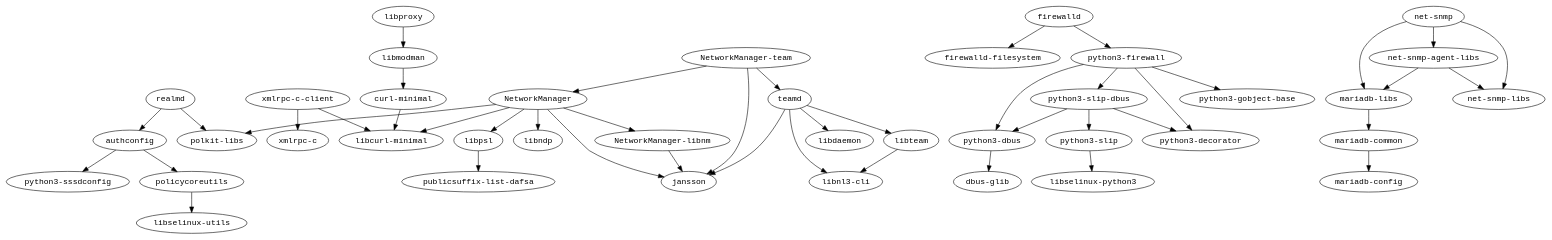
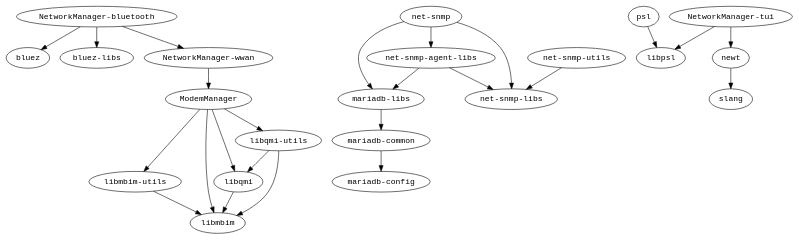
The diagram in modules/networking-base/ppc64le/graph.dot (fedora-modularity/dependency-report), drawn with Graphviz before and after one commit. The commit also changed 1198 other files, not shown here.

```diff
--- a/modules/networking-base/ppc64le/graph.dot
+++ b/modules/networking-base/ppc64le/graph.dot
@@ -1,47 +1,27 @@
 strict digraph G {
 node [fontname=monospace];
-  "authconfig" -> "policycoreutils";
-  "authconfig" -> "python3-sssdconfig";
-  "curl-minimal" -> "libcurl-minimal";
-  "firewalld" -> "firewalld-filesystem";
-  "firewalld" -> "python3-firewall";
-  "libmodman" -> "curl-minimal";
-  "libproxy" -> "libmodman";
-  "libpsl" -> "publicsuffix-list-dafsa";
-  "libteam" -> "libnl3-cli";
+  "libmbim-utils" -> "libmbim";
+  "libqmi" -> "libmbim";
+  "libqmi-utils" -> "libmbim";
+  "libqmi-utils" -> "libqmi";
   "mariadb-common" -> "mariadb-config";
   "mariadb-libs" -> "mariadb-common";
+  "ModemManager" -> "libmbim";
+  "ModemManager" -> "libmbim-utils";
+  "ModemManager" -> "libqmi";
+  "ModemManager" -> "libqmi-utils";
   "net-snmp-agent-libs" -> "mariadb-libs";
   "net-snmp-agent-libs" -> "net-snmp-libs";
   "net-snmp" -> "mariadb-libs";
   "net-snmp" -> "net-snmp-agent-libs";
   "net-snmp" -> "net-snmp-libs";
-  "NetworkManager" -> "jansson";
-  "NetworkManager" -> "libcurl-minimal";
-  "NetworkManager" -> "libndp";
-  "NetworkManager-libnm" -> "jansson";
-  "NetworkManager" -> "libpsl";
-  "NetworkManager" -> "NetworkManager-libnm";
-  "NetworkManager" -> "polkit-libs";
-  "NetworkManager-team" -> "jansson";
-  "NetworkManager-team" -> "NetworkManager";
-  "NetworkManager-team" -> "teamd";
-  "policycoreutils" -> "libselinux-utils";
-  "python3-dbus" -> "dbus-glib";
-  "python3-firewall" -> "python3-dbus";
-  "python3-firewall" -> "python3-decorator";
-  "python3-firewall" -> "python3-gobject-base";
-  "python3-firewall" -> "python3-slip-dbus";
-  "python3-slip-dbus" -> "python3-dbus";
-  "python3-slip-dbus" -> "python3-decorator";
-  "python3-slip-dbus" -> "python3-slip";
-  "python3-slip" -> "libselinux-python3";
-  "realmd" -> "authconfig";
-  "realmd" -> "polkit-libs";
-  "teamd" -> "jansson";
-  "teamd" -> "libdaemon";
-  "teamd" -> "libnl3-cli";
-  "teamd" -> "libteam";
-  "xmlrpc-c-client" -> "libcurl-minimal";
-  "xmlrpc-c-client" -> "xmlrpc-c";
+  "net-snmp-utils" -> "net-snmp-libs";
+  "NetworkManager-bluetooth" -> "bluez";
+  "NetworkManager-bluetooth" -> "bluez-libs";
+  "NetworkManager-bluetooth" -> "NetworkManager-wwan";
+  "NetworkManager-tui" -> "libpsl";
+  "NetworkManager-tui" -> "newt";
+  "NetworkManager-wwan" -> "ModemManager";
+  "newt" -> "slang";
+  "psl" -> "libpsl";
 }
```
